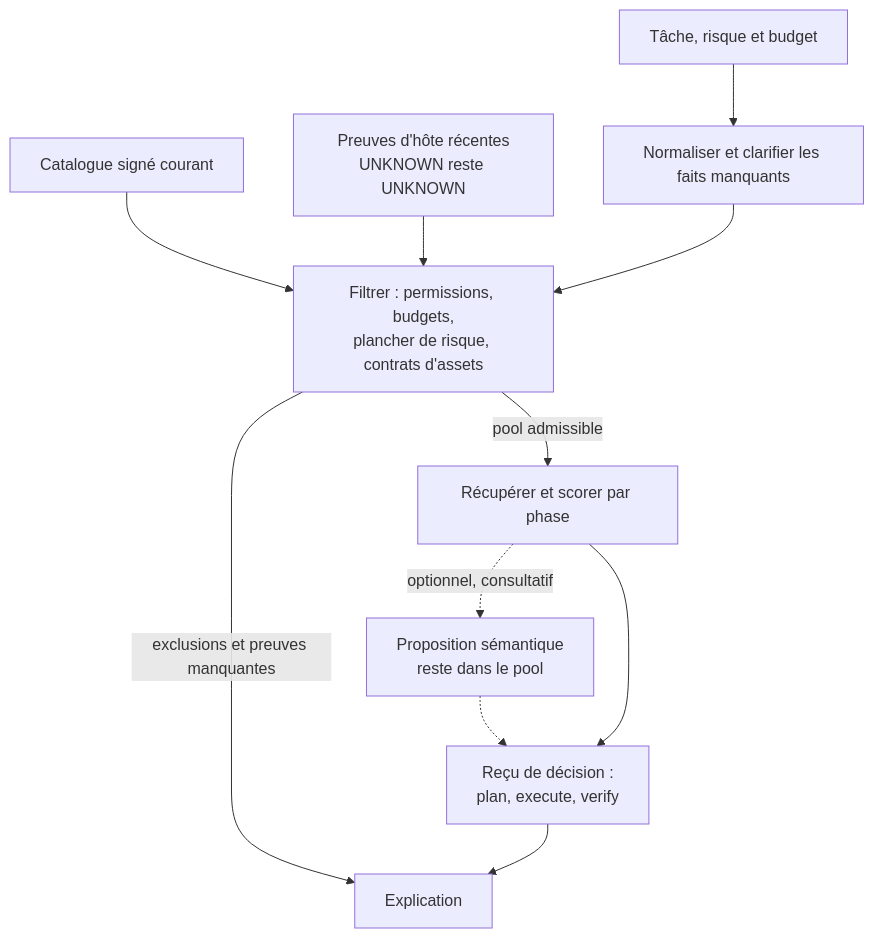
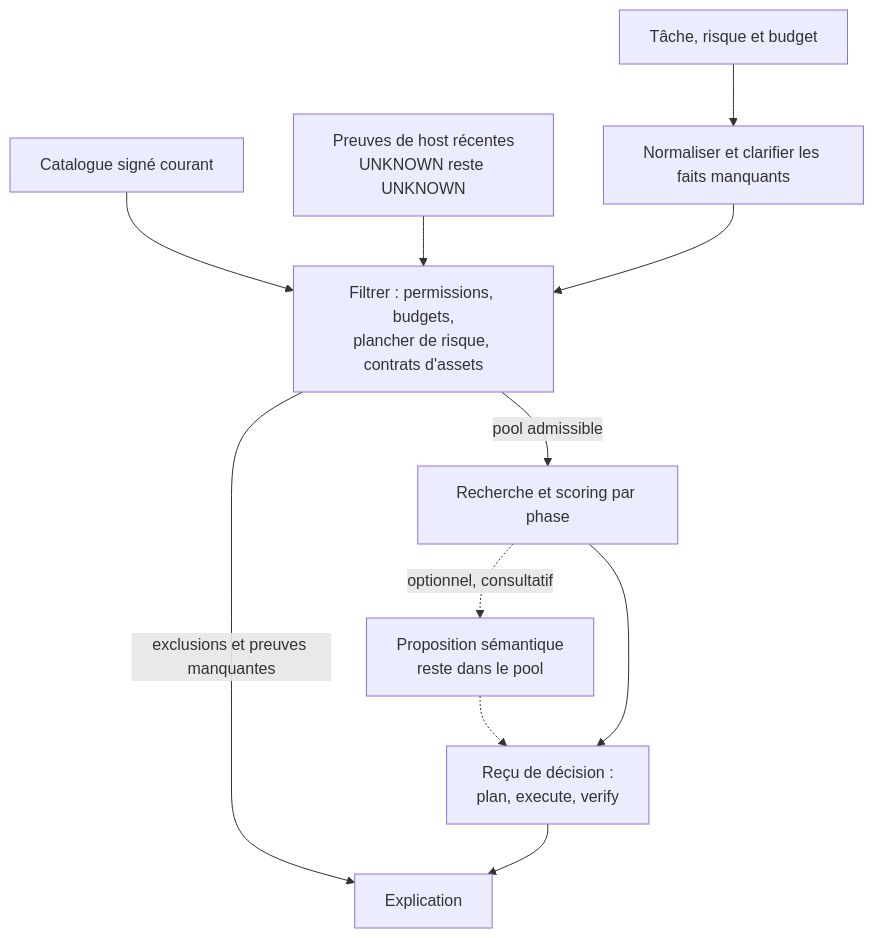
Before and after one commit to FlorianBruniaux/agent-router: the third of 4 diagrams in README.fr.md, drawn with Mermaid. The commit also changed other lines of this file and 5 other files, not shown here.

````diff
--- a/README.fr.md
+++ b/README.fr.md
@@ -303,13 +317,13 @@
 ```mermaid
 flowchart TD
     T[Tâche, risque et budget] --> N[Normaliser et clarifier les faits manquants]
     C[Catalogue signé courant] --> F
-    E[Preuves d'hôte récentes<br/>UNKNOWN reste UNKNOWN] --> F
+    E[Preuves de host récentes<br/>UNKNOWN reste UNKNOWN] --> F
     N --> F[Filtrer : permissions, budgets,<br/>plancher de risque, contrats d'assets]
-    F -->|pool admissible| S[Récupérer et scorer par phase]
+    F -->|pool admissible| S[Recherche et scoring par phase]
     S -. optionnel, consultatif .-> B[Proposition sémantique<br/>reste dans le pool]
     B -.-> D
     S --> D[Reçu de décision :<br/>plan, execute, verify]
     F -->|exclusions et preuves manquantes| X[Explication]
     D --> X
 ```
````
